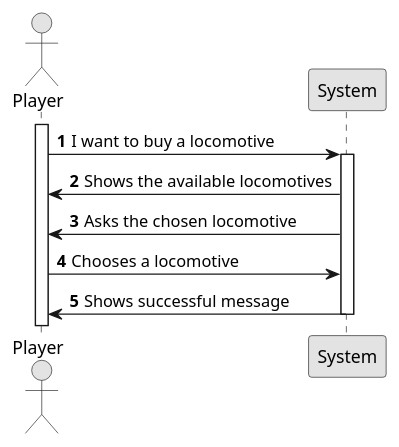
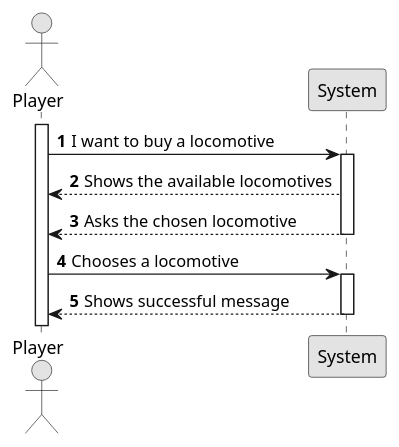
One commit to goncalolopesp/sem2-pi-24.25-g093-repo changed the diagram in docs/system-documentation/US009/01.requirements-engineering/puml/US009-SSD.puml. Above: the diagram before and after it, drawn with PlantUML. The commit also changed 3 other files, not shown here.

```diff
--- a/docs/system-documentation/US009/01.requirements-engineering/puml/US009-SSD.puml
+++ b/docs/system-documentation/US009/01.requirements-engineering/puml/US009-SSD.puml
@@ -1,24 +1,26 @@
 @startuml
 skinparam monochrome true
 skinparam packageStyle rectangle
 skinparam shadowing false
 
 autonumber
 
 actor "Player" as Player
 participant "System" as System
 
 activate Player
 
     Player -> System : I want to buy a locomotive
     activate System
 
-    System -> Player : Shows the available locomotives
-    System -> Player : Asks the chosen locomotive
+    System --> Player : Shows the available locomotives
+    System --> Player : Asks the chosen locomotive
+    deactivate System
 
     Player -> System : Chooses a locomotive
+    activate System
 
-    System -> Player : Shows successful message
+    System --> Player : Shows successful message
     deactivate System
 
 @enduml
```
